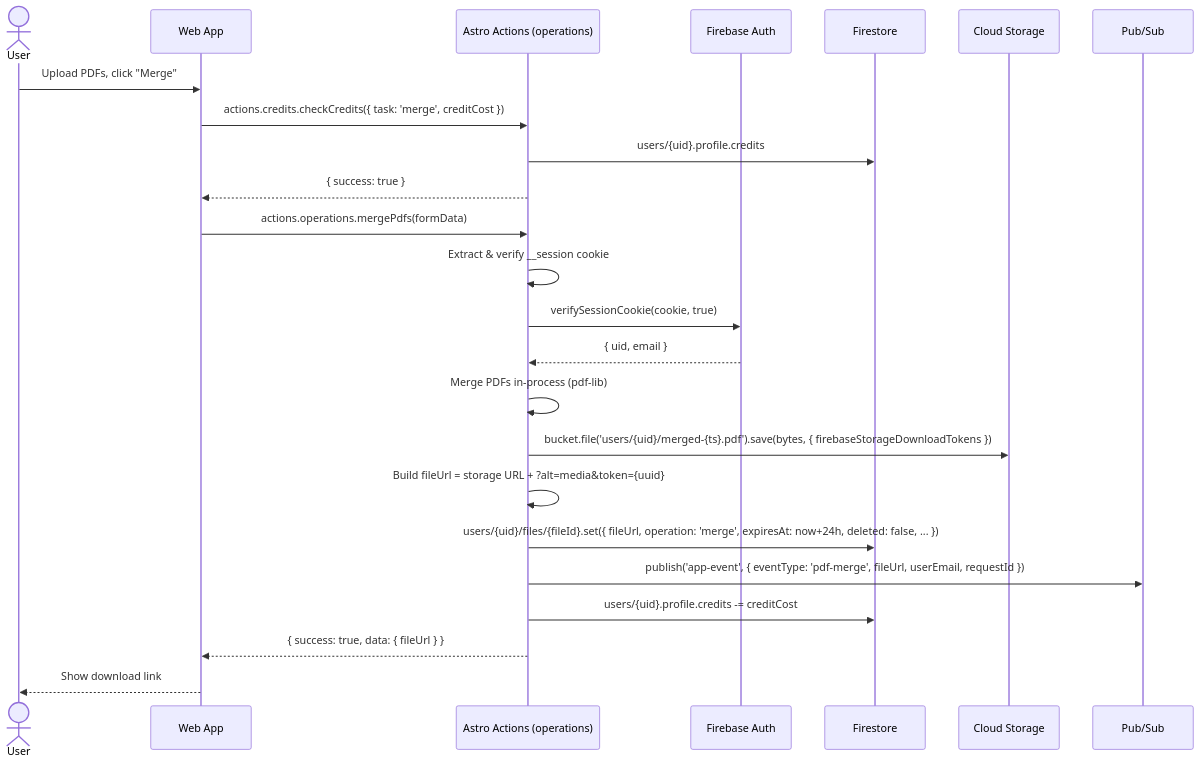
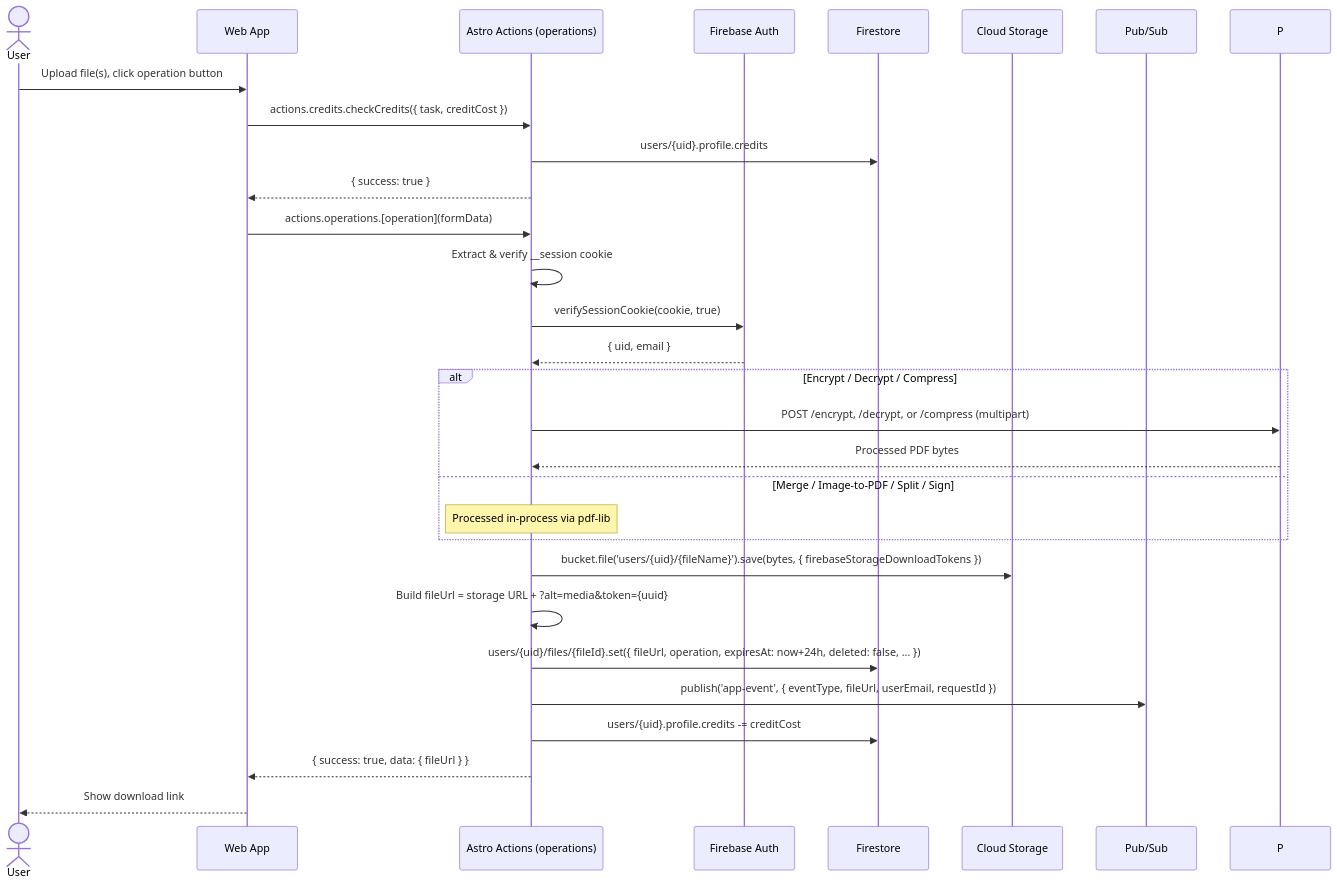
The fourth of 9 diagrams in docs/sad-pdfcraft.md (fahadahmed/fhdamd-org), drawn with Mermaid before and after one commit. The commit also changed other lines of this file and 2 other files, not shown here.

````diff
--- a/docs/sad-pdfcraft.md
+++ b/docs/sad-pdfcraft.md
@@ -287,28 +287,33 @@
 ```mermaid
 sequenceDiagram
   actor U as User
   participant W as Web App
   participant A as Astro Actions (operations)
   participant FA as Firebase Auth
   participant FS as Firestore
   participant ST as Cloud Storage
   participant PS as Pub/Sub
 
-  U->>W: Upload PDFs, click "Merge"
-  W->>A: actions.credits.checkCredits({ task: 'merge', creditCost })
+  U->>W: Upload file(s), click operation button
+  W->>A: actions.credits.checkCredits({ task, creditCost })
   A->>FS: users/{uid}.profile.credits
   A-->>W: { success: true }
 
-  W->>A: actions.operations.mergePdfs(formData)
+  W->>A: actions.operations.[operation](formData)
   A->>A: Extract & verify __session cookie
   A->>FA: verifySessionCookie(cookie, true)
   FA-->>A: { uid, email }
-  A->>A: Merge PDFs in-process (pdf-lib)
-  A->>ST: bucket.file('users/{uid}/merged-{ts}.pdf').save(bytes, { firebaseStorageDownloadTokens })
+  alt Encrypt / Decrypt / Compress
+    A->>P: POST /encrypt, /decrypt, or /compress (multipart)
+    P-->>A: Processed PDF bytes
+  else Merge / Image-to-PDF / Split / Sign
+    Note over A: Processed in-process via pdf-lib
+  end
+  A->>ST: bucket.file('users/{uid}/{fileName}').save(bytes, { firebaseStorageDownloadTokens })
   A->>A: Build fileUrl = storage URL + ?alt=media&token={uuid}
-  A->>FS: users/{uid}/files/{fileId}.set({ fileUrl, operation: 'merge', expiresAt: now+24h, deleted: false, ... })
-  A->>PS: publish('app-event', { eventType: 'pdf-merge', fileUrl, userEmail, requestId })
+  A->>FS: users/{uid}/files/{fileId}.set({ fileUrl, operation, expiresAt: now+24h, deleted: false, ... })
+  A->>PS: publish('app-event', { eventType, fileUrl, userEmail, requestId })
   A->>FS: users/{uid}.profile.credits -= creditCost
   A-->>W: { success: true, data: { fileUrl } }
   W-->>U: Show download link
 ```
````
